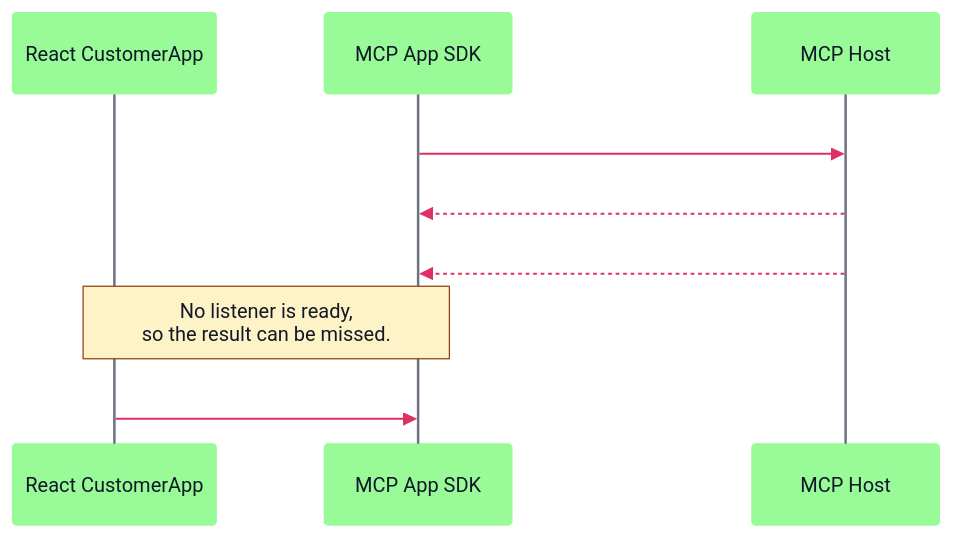
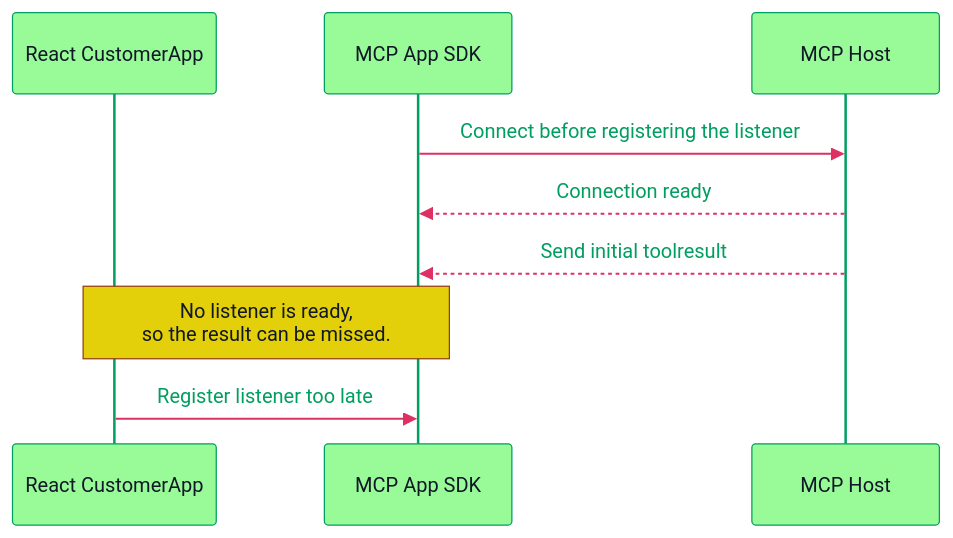
The third of 3 diagrams in mcp-apps-learning/mcp_apps_learning/lessons/receive_tool_result/REACT_FLOW_SEQUENCE_DIAGRAM.md (AIEngineeringStudio/mcp_studio), drawn with Mermaid before and after one commit. The commit also changed other lines of this file and 1 other file, not shown here.

Commit message:
updating mermaid theme colors to suit both dark and light modes

````diff
--- a/mcp-apps-learning/mcp_apps_learning/lessons/receive_tool_result/REACT_FLOW_SEQUENCE_DIAGRAM.md
+++ b/mcp-apps-learning/mcp_apps_learning/lessons/receive_tool_result/REACT_FLOW_SEQUENCE_DIAGRAM.md
@@ -126,18 +123,19 @@
 ```mermaid
-%%{init: {"theme": "base", "themeVariables": {"background": "#ffffff", "primaryColor": "#ffffff", 
-"primaryTextColor": "#111827", "primaryBorderColor": "#374151", "lineColor": "#111827", "textColor": "#ffffff", 
-"actorBkg": "#98FB98", "actorBorder": "#98FB98", "actorTextColor": "#111827", "actorLineColor": "#6b7280", 
-"signalColor": "#DE3163", "signalTextColor": "#ffffff", "labelBoxBkgColor": "#00FFFF", "labelBoxBorderColor": "#00FFFF", 
-"labelTextColor": "#111827", "loopTextColor": "#ffffff", "noteBkgColor": "#fef3c7", "noteBorderColor": "#92400e", 
-"noteTextColor": "#111827", "activationBkgColor": "#e5e7eb", "activationBorderColor": "#374151", 
-"sequenceNumberColor": "#ffffff"}}}%%
+%%{init: {"theme": "base", "themeVariables": {
+"actorBkg": "#98FB98", "actorBorder": "#009E60", "actorTextColor": "#111827",
+"signalColor": "#DE3163", "signalTextColor": "#009E60", 
+"labelBoxBkgColor": "#EC5800", "labelBoxBorderColor": "#EC5800", "labelTextColor": "#111827", 
+"loopTextColor": "#EC5800", 
+"noteBkgColor": "#E4D00A", "noteBorderColor": "#92400e", "noteTextColor": "#111827", 
+"sequenceNumberColor": "#ffffff"
+}}}%%
 sequenceDiagram
     participant UI as React CustomerApp
     participant SDK as MCP App SDK
     participant Host as MCP Host
     SDK ->> Host: Connect before registering the listener
     Host -->> SDK: Connection ready
     Host -->> SDK: Send initial toolresult
     Note over UI, SDK: No listener is ready, <br/> so the result can be missed.
     UI ->> SDK: Register listener too late
 ```
````
